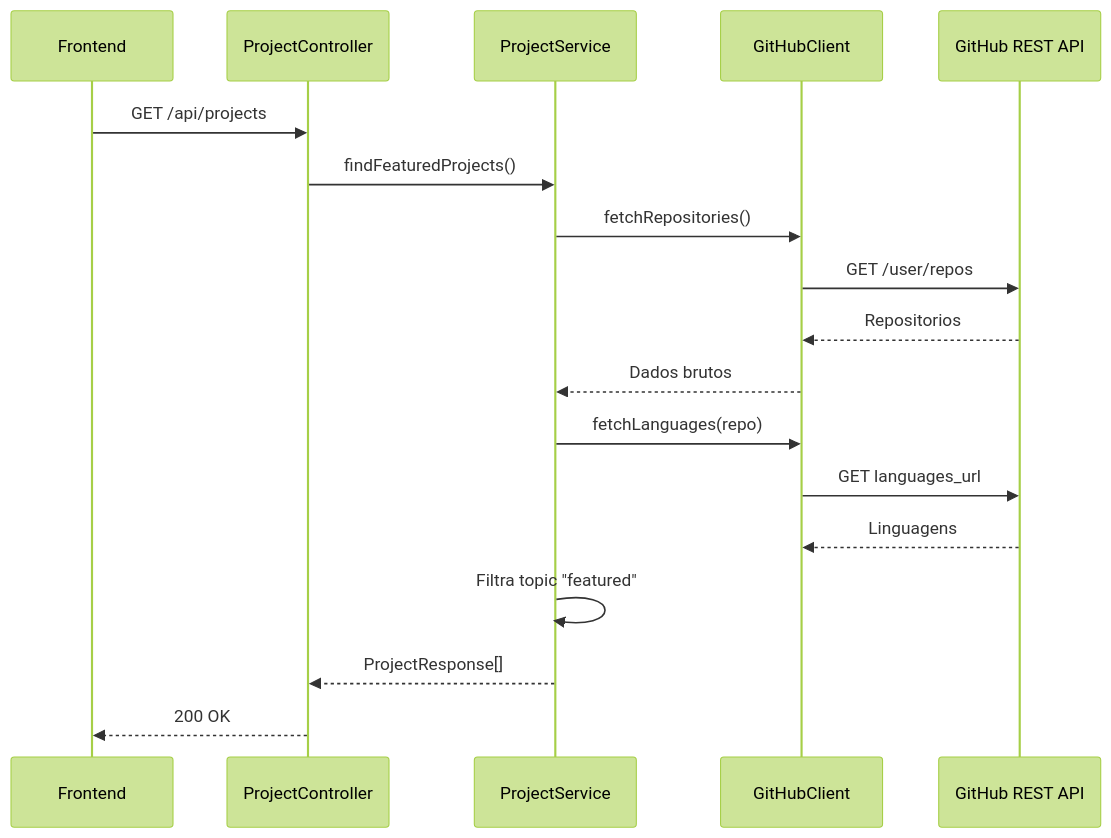
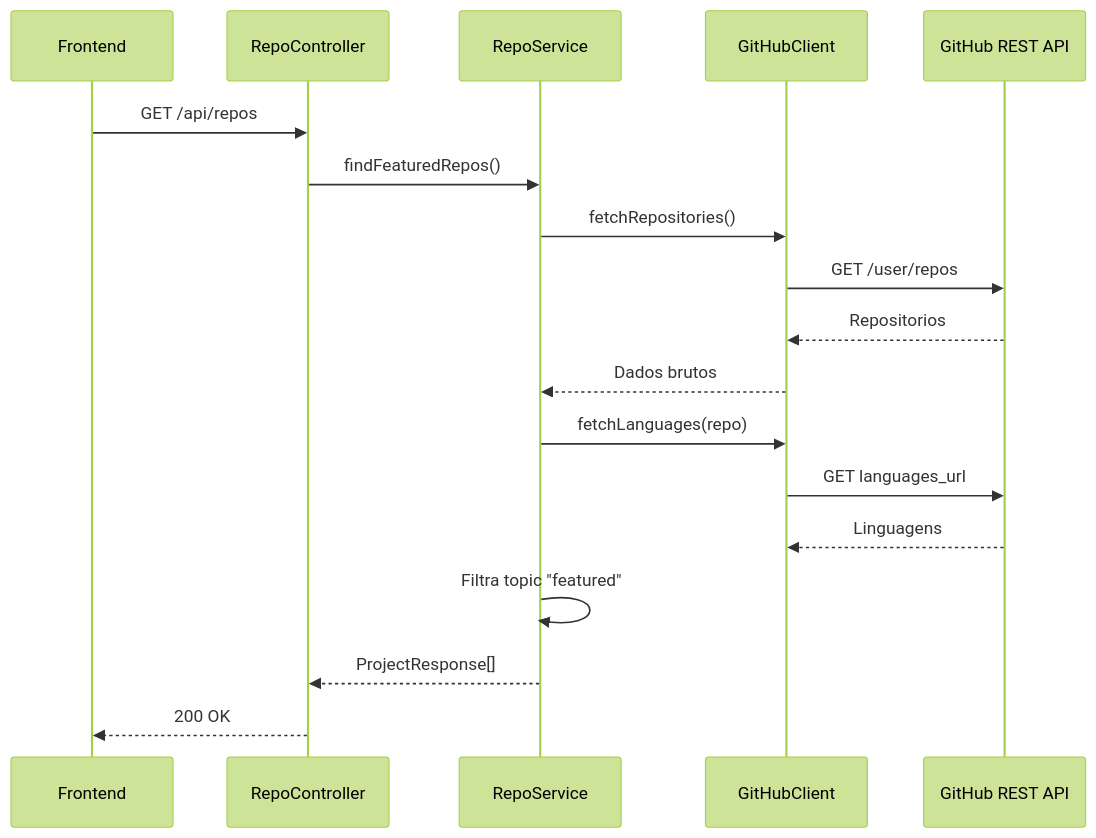
Before and after one commit to lucasz-g/portfolio-2.0: the second of 4 diagrams in backend/README.md, drawn with Mermaid (forest theme). The commit also changed other lines of this file and 9 other files, not shown here.

````diff
--- a/backend/README.md
+++ b/backend/README.md
@@ -59,21 +87,21 @@
 ```mermaid
 sequenceDiagram
     participant FE as Frontend
-    participant Controller as ProjectController
-    participant Service as ProjectService
+    participant Controller as RepoController
+    participant Service as RepoService
     participant Client as GitHubClient
     participant GH as GitHub REST API
 
-    FE->>Controller: GET /api/projects
-    Controller->>Service: findFeaturedProjects()
+    FE->>Controller: GET /api/repos
+    Controller->>Service: findFeaturedRepos()
     Service->>Client: fetchRepositories()
     Client->>GH: GET /user/repos
     GH-->>Client: Repositorios
     Client-->>Service: Dados brutos
     Service->>Client: fetchLanguages(repo)
     Client->>GH: GET languages_url
     GH-->>Client: Linguagens
     Service->>Service: Filtra topic "featured"
     Service-->>Controller: ProjectResponse[]
     Controller-->>FE: 200 OK
 ```
````
